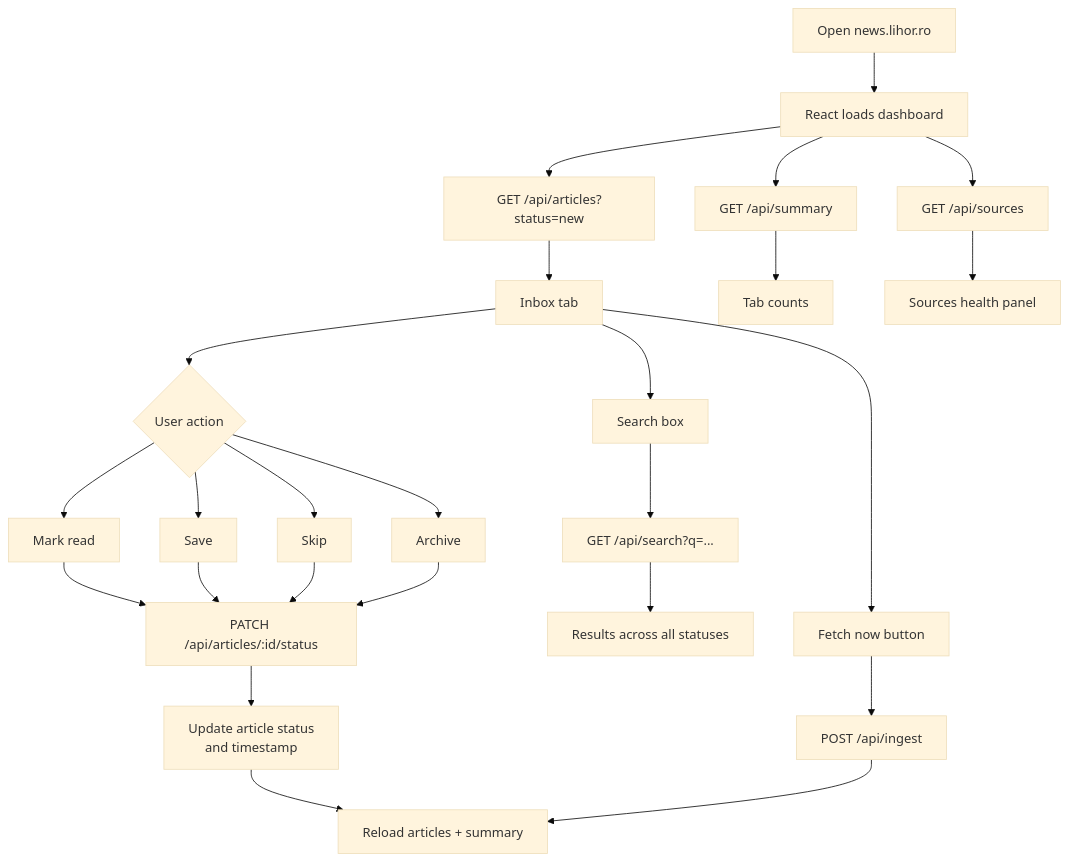
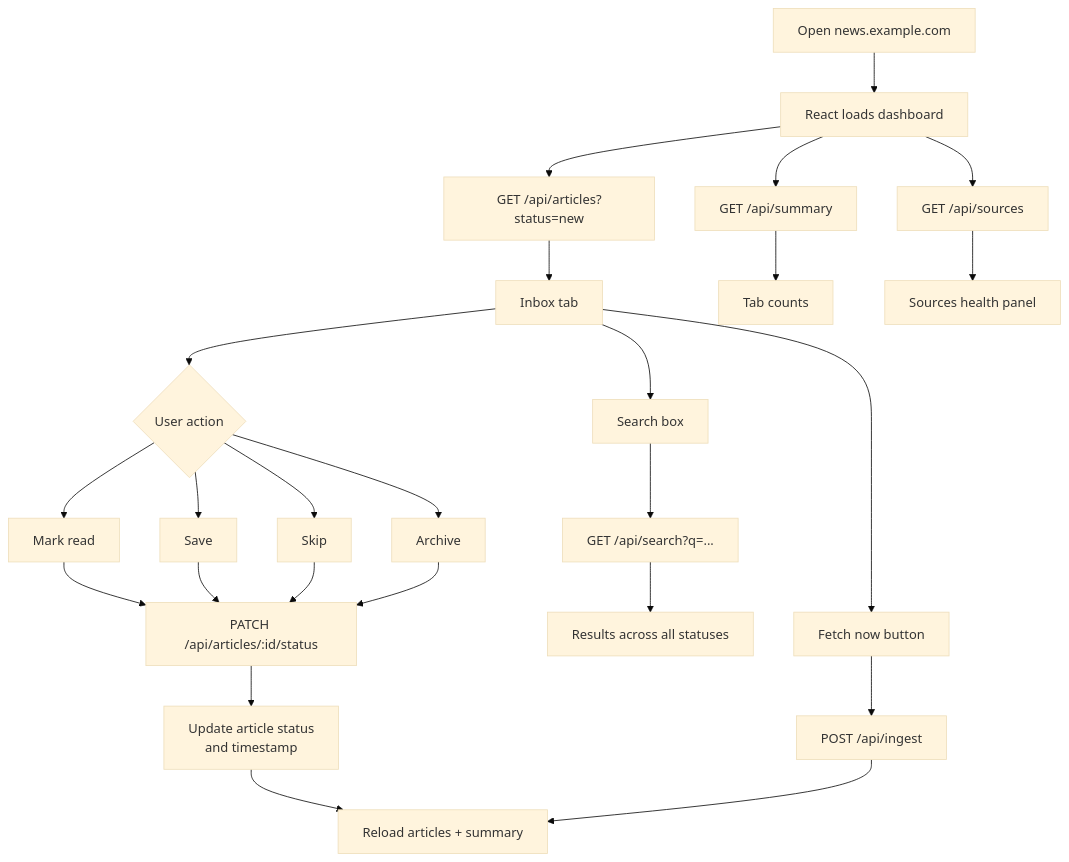
One commit to lihor-hub/news-dashboard changed the fourth of 5 diagrams in docs/ARCHITECTURE.md. Above: the diagram before and after it, drawn with Mermaid (base theme). The commit also changed other lines of this file and 19 other files, not shown here.

````diff
--- a/docs/ARCHITECTURE.md
+++ b/docs/ARCHITECTURE.md
@@ -151,33 +151,33 @@
 ```mermaid
 flowchart TD
-  Open["Open news.lihor.ro"] --> Load["React loads dashboard"]
+  Open["Open news.example.com"] --> Load["React loads dashboard"]
   Load --> Summary["GET /api/summary"]
   Load --> Articles["GET /api/articles?status=new"]
   Load --> Sources["GET /api/sources"]
 
   Articles --> Inbox["Inbox tab"]
   Summary --> Counts["Tab counts"]
   Sources --> SourcePanel["Sources health panel"]
 
   Inbox --> Action{"User action"}
   Action --> Read["Mark read"]
   Action --> Save["Save"]
   Action --> Skip["Skip"]
   Action --> Archive["Archive"]
 
   Read --> Patch["PATCH /api/articles/:id/status"]
   Save --> Patch
   Skip --> Patch
   Archive --> Patch
 
   Patch --> DB["Update article status<br/>and timestamp"]
   DB --> Reload["Reload articles + summary"]
 
   Inbox --> Search["Search box"]
   Search --> SearchAPI["GET /api/search?q=..."]
   SearchAPI --> Results["Results across all statuses"]
 
   Inbox --> Fetch["Fetch now button"]
   Fetch --> Ingest["POST /api/ingest"]
   Ingest --> Reload
 ```
````
